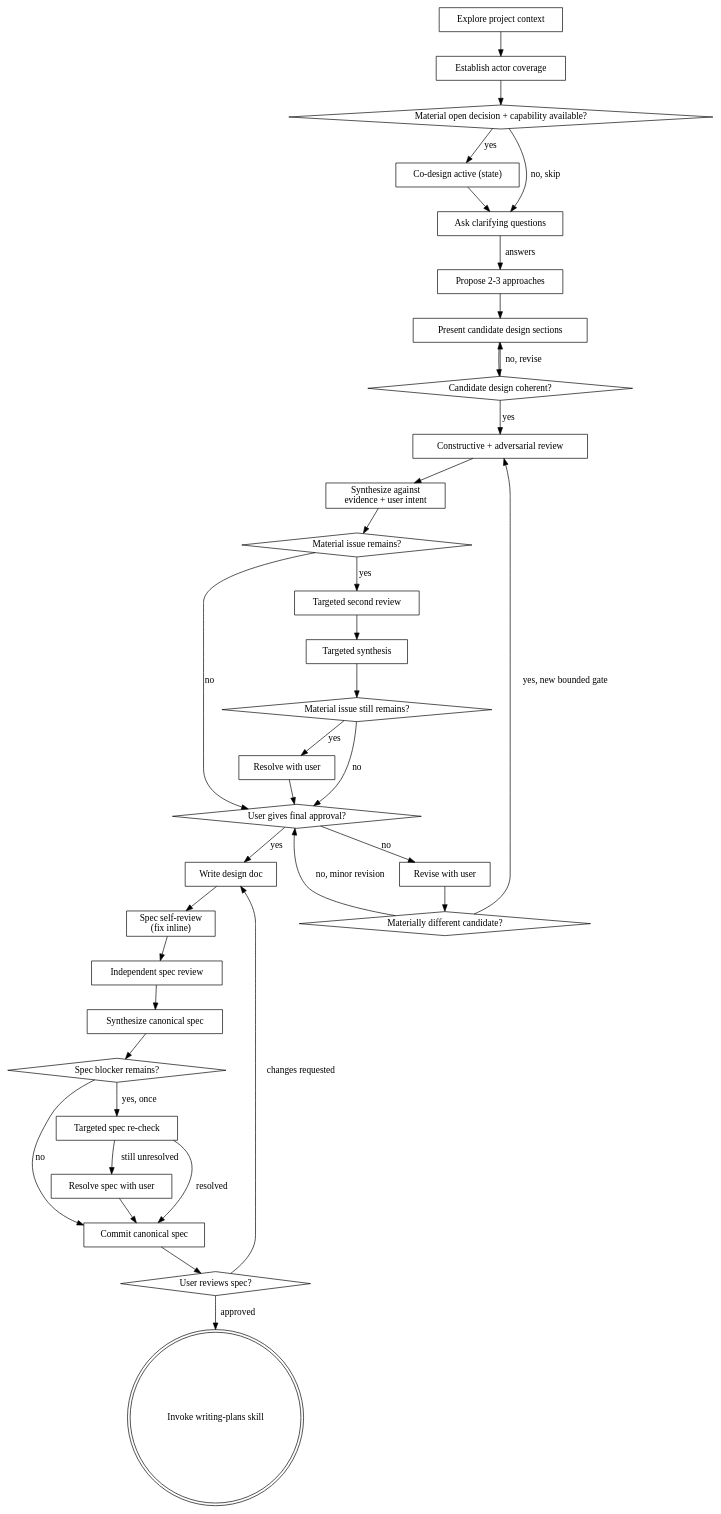
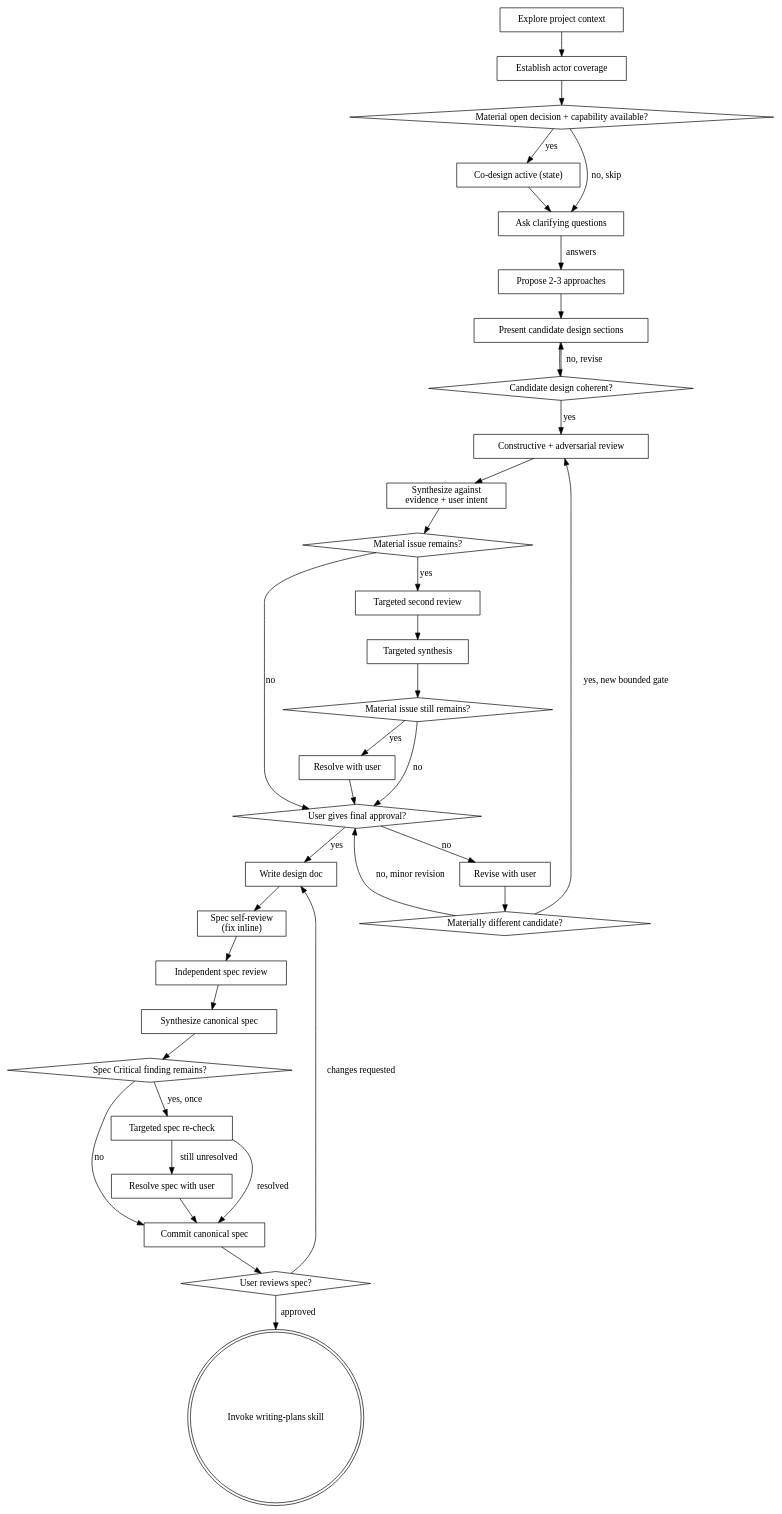
One commit to stratusdesign/sd-superpowers changed the diagram in skills/brainstorming/references/process-flow.md. Above: the diagram before and after it, drawn with Graphviz. The commit also changed 8 other files, not shown here.

````diff
--- a/skills/brainstorming/references/process-flow.md
+++ b/skills/brainstorming/references/process-flow.md
@@ -3,69 +3,69 @@
 ```dot
 digraph brainstorming {
     "Explore project context" [shape=box];
     "Establish actor coverage" [shape=box];
     "Material open decision + capability available?" [shape=diamond];
     "Co-design active (state)" [shape=box];
     "Ask clarifying questions" [shape=box];
     "Propose 2-3 approaches" [shape=box];
     "Present candidate design sections" [shape=box];
     "Candidate design coherent?" [shape=diamond];
     "Constructive + adversarial review" [shape=box];
     "Synthesize against\nevidence + user intent" [shape=box];
     "Material issue remains?" [shape=diamond];
     "Targeted second review" [shape=box];
     "Targeted synthesis" [shape=box];
     "Material issue still remains?" [shape=diamond];
     "Resolve with user" [shape=box];
     "User gives final approval?" [shape=diamond];
     "Revise with user" [shape=box];
     "Materially different candidate?" [shape=diamond];
     "Write design doc" [shape=box];
     "Spec self-review\n(fix inline)" [shape=box];
     "Independent spec review" [shape=box];
     "Synthesize canonical spec" [shape=box];
-    "Spec blocker remains?" [shape=diamond];
+    "Spec Critical finding remains?" [shape=diamond];
     "Targeted spec re-check" [shape=box];
     "Resolve spec with user" [shape=box];
     "Commit canonical spec" [shape=box];
     "User reviews spec?" [shape=diamond];
     "Invoke writing-plans skill" [shape=doublecircle];
 
     "Explore project context" -> "Establish actor coverage";
     "Establish actor coverage" -> "Material open decision + capability available?";
     "Material open decision + capability available?" -> "Co-design active (state)" [label="yes"];
     "Material open decision + capability available?" -> "Ask clarifying questions" [label="no, skip"];
     "Co-design active (state)" -> "Ask clarifying questions";
     "Ask clarifying questions" -> "Propose 2-3 approaches" [label="answers"];
     "Propose 2-3 approaches" -> "Present candidate design sections";
     "Present candidate design sections" -> "Candidate design coherent?";
     "Candidate design coherent?" -> "Present candidate design sections" [label="no, revise"];
     "Candidate design coherent?" -> "Constructive + adversarial review" [label="yes"];
     "Constructive + adversarial review" -> "Synthesize against\nevidence + user intent";
     "Synthesize against\nevidence + user intent" -> "Material issue remains?";
     "Material issue remains?" -> "Targeted second review" [label="yes"];
     "Targeted second review" -> "Targeted synthesis";
     "Targeted synthesis" -> "Material issue still remains?";
     "Material issue still remains?" -> "Resolve with user" [label="yes"];
     "Resolve with user" -> "User gives final approval?";
     "Material issue still remains?" -> "User gives final approval?" [label="no"];
     "Material issue remains?" -> "User gives final approval?" [label="no"];
     "User gives final approval?" -> "Revise with user" [label="no"];
     "Revise with user" -> "Materially different candidate?";
     "Materially different candidate?" -> "Constructive + adversarial review" [label="yes, new bounded gate"];
     "Materially different candidate?" -> "User gives final approval?" [label="no, minor revision"];
     "User gives final approval?" -> "Write design doc" [label="yes"];
     "Write design doc" -> "Spec self-review\n(fix inline)";
     "Spec self-review\n(fix inline)" -> "Independent spec review";
     "Independent spec review" -> "Synthesize canonical spec";
-    "Synthesize canonical spec" -> "Spec blocker remains?";
-    "Spec blocker remains?" -> "Targeted spec re-check" [label="yes, once"];
+    "Synthesize canonical spec" -> "Spec Critical finding remains?";
+    "Spec Critical finding remains?" -> "Targeted spec re-check" [label="yes, once"];
     "Targeted spec re-check" -> "Resolve spec with user" [label="still unresolved"];
     "Targeted spec re-check" -> "Commit canonical spec" [label="resolved"];
     "Resolve spec with user" -> "Commit canonical spec";
-    "Spec blocker remains?" -> "Commit canonical spec" [label="no"];
+    "Spec Critical finding remains?" -> "Commit canonical spec" [label="no"];
     "Commit canonical spec" -> "User reviews spec?";
     "User reviews spec?" -> "Write design doc" [label="changes requested"];
     "User reviews spec?" -> "Invoke writing-plans skill" [label="approved"];
 }
 ```
````
